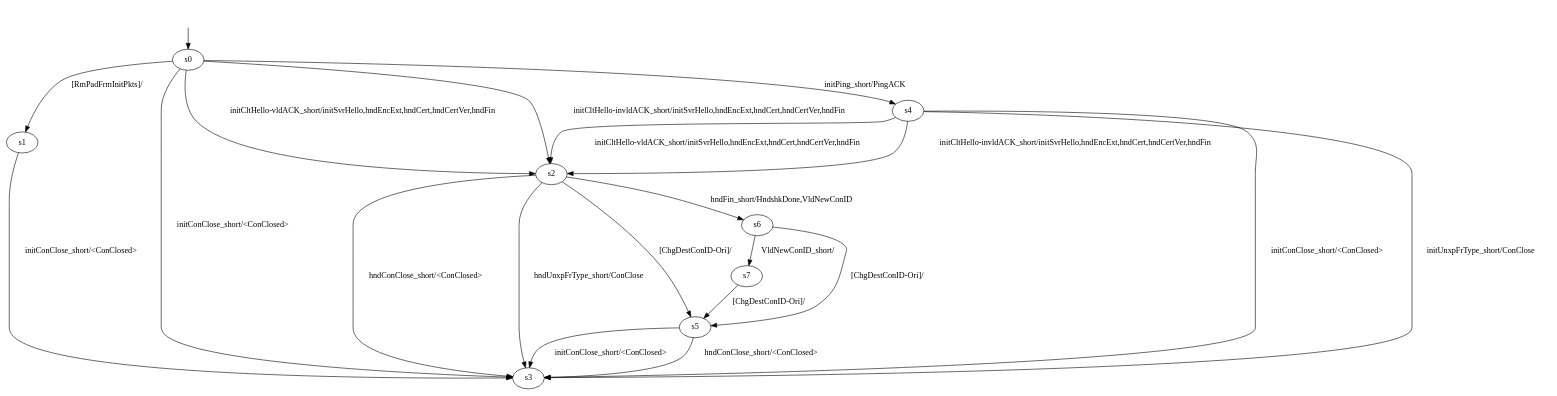
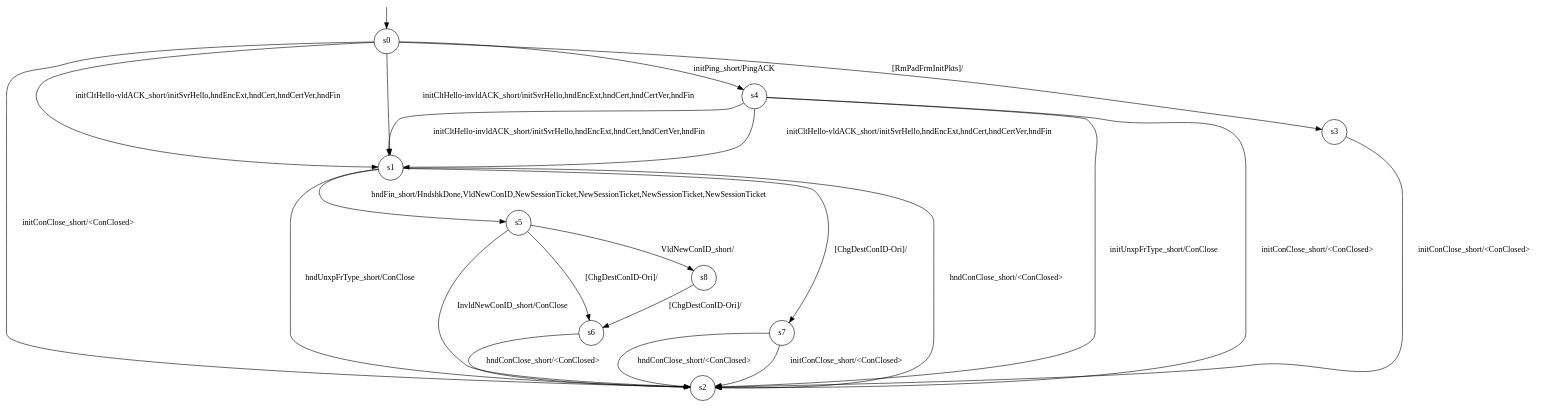
The diagram in results/quinnModels/CS-short/quinn-B-s-0/optimisedLearnedModel.dot (QUICTester/QUICTester), drawn with Graphviz before and after one commit. The commit also changed 127 other files, not shown here.

```diff
--- a/results/quinnModels/CS-short/quinn-B-s-0/optimisedLearnedModel.dot
+++ b/results/quinnModels/CS-short/quinn-B-s-0/optimisedLearnedModel.dot
@@ -1,31 +1,37 @@
-digraph "../results/quinnModels/quinn-B-sCS-0/learnedModel" {
-s0 [label=s0];
-s1 [label=s1];
-s2 [label=s2];
-s3 [label=s3];
-s4 [label=s4];
-s5 [label=s5];
-s6 [label=s6];
-s7 [label=s7];
-s0 -> s4  [label="initPing_short/PingACK "];
-s0 -> s3  [label="initConClose_short/<ConClosed> "];
-s0 -> s2  [label="initCltHello-vldACK_short/initSvrHello,hndEncExt,hndCert,hndCertVer,hndFin "];
-s0 -> s2  [label="initCltHello-invldACK_short/initSvrHello,hndEncExt,hndCert,hndCertVer,hndFin "];
-s0 -> s1  [label="[RmPadFrmInitPkts]/ "];
-s1 -> s3  [label="initConClose_short/<ConClosed> "];
-s2 -> s6  [label="hndFin_short/HndshkDone,VldNewConID "];
-s2 -> s3  [label="hndConClose_short/<ConClosed> "];
-s2 -> s3  [label="hndUnxpFrType_short/ConClose "];
-s2 -> s5  [label="[ChgDestConID-Ori]/ "];
-s4 -> s3  [label="initConClose_short/<ConClosed> "];
-s4 -> s2  [label="initCltHello-vldACK_short/initSvrHello,hndEncExt,hndCert,hndCertVer,hndFin "];
-s4 -> s2  [label="initCltHello-invldACK_short/initSvrHello,hndEncExt,hndCert,hndCertVer,hndFin "];
-s4 -> s3  [label="initUnxpFrType_short/ConClose "];
-s5 -> s3  [label="initConClose_short/<ConClosed> "];
-s5 -> s3  [label="hndConClose_short/<ConClosed> "];
-s6 -> s7  [label="VldNewConID_short/ "];
-s6 -> s5  [label="[ChgDestConID-Ori]/ "];
-s7 -> s5  [label="[ChgDestConID-Ori]/ "];
-__start0 [label="", shape=none];
-__start0 -> s0  [label=""];
+digraph g {
+
+s0 [shape="circle" label="s0"];
+s1 [shape="circle" label="s1"];
+s2 [shape="circle" label="s2"];
+s3 [shape="circle" label="s3"];
+s4 [shape="circle" label="s4"];
+s5 [shape="circle" label="s5"];
+s6 [shape="circle" label="s6"];
+s7 [shape="circle" label="s7"];
+s8 [shape="circle" label="s8"];
+s0 -> s4 [label="initPing_short/PingACK "];
+s0 -> s2 [label="initConClose_short/<ConClosed> "];
+s0 -> s1 [label="initCltHello-vldACK_short/initSvrHello,hndEncExt,hndCert,hndCertVer,hndFin "];
+s0 -> s1 [label="initCltHello-invldACK_short/initSvrHello,hndEncExt,hndCert,hndCertVer,hndFin "];
+s0 -> s3 [label="[RmPadFrmInitPkts]/ "];
+s1 -> s5 [label="hndFin_short/HndshkDone,VldNewConID,NewSessionTicket,NewSessionTicket,NewSessionTicket,NewSessionTicket "];
+s1 -> s2 [label="hndConClose_short/<ConClosed> "];
+s1 -> s2 [label="hndUnxpFrType_short/ConClose "];
+s1 -> s7 [label="[ChgDestConID-Ori]/ "];
+s3 -> s2 [label="initConClose_short/<ConClosed> "];
+s4 -> s2 [label="initConClose_short/<ConClosed> "];
+s4 -> s1 [label="initCltHello-vldACK_short/initSvrHello,hndEncExt,hndCert,hndCertVer,hndFin "];
+s4 -> s1 [label="initCltHello-invldACK_short/initSvrHello,hndEncExt,hndCert,hndCertVer,hndFin "];
+s4 -> s2 [label="initUnxpFrType_short/ConClose "];
+s5 -> s8 [label="VldNewConID_short/ "];
+s5 -> s2 [label="InvldNewConID_short/ConClose "];
+s5 -> s6 [label="[ChgDestConID-Ori]/ "];
+s6 -> s2 [label="hndConClose_short/<ConClosed> "];
+s7 -> s2 [label="initConClose_short/<ConClosed> "];
+s7 -> s2 [label="hndConClose_short/<ConClosed> "];
+s8 -> s6 [label="[ChgDestConID-Ori]/ "];
+
+__start0 [label="" shape="none" width="0" height="0"];
+__start0 -> s0;
+
 }
```
